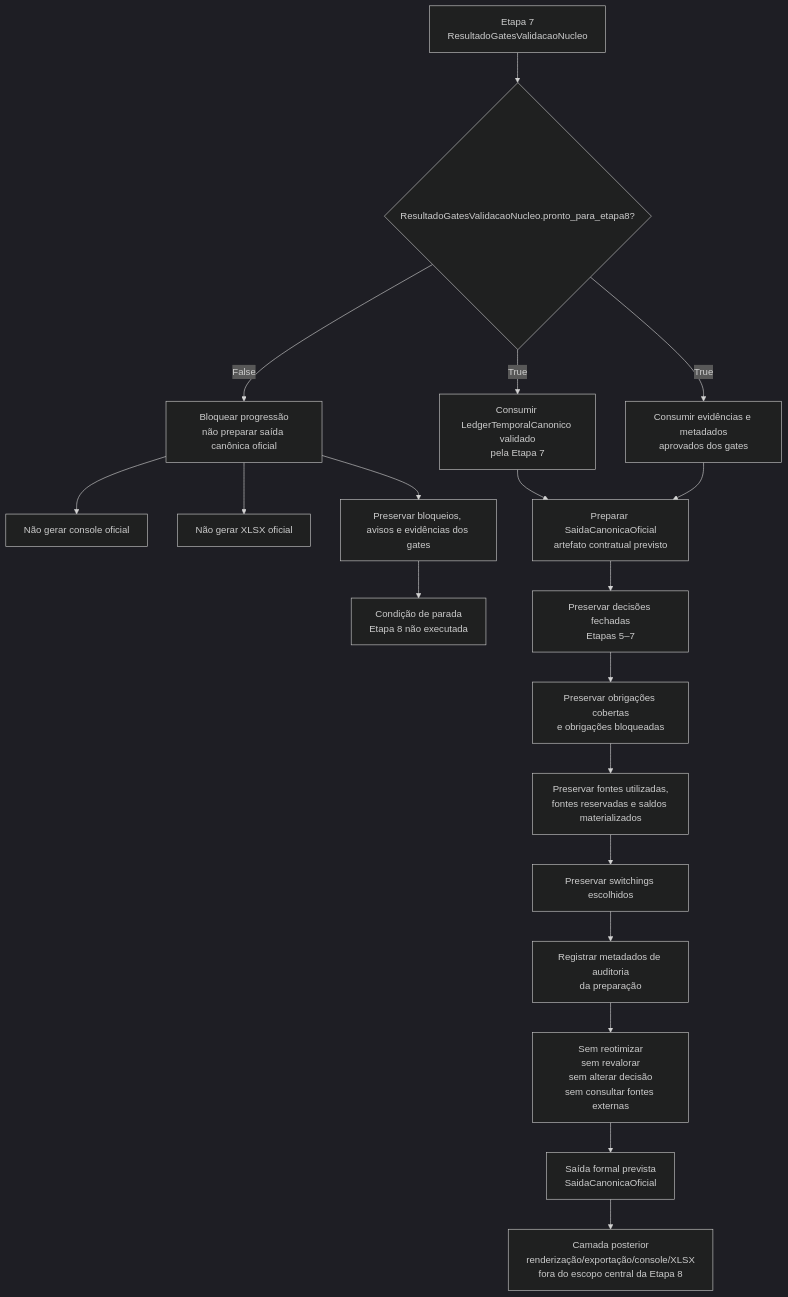
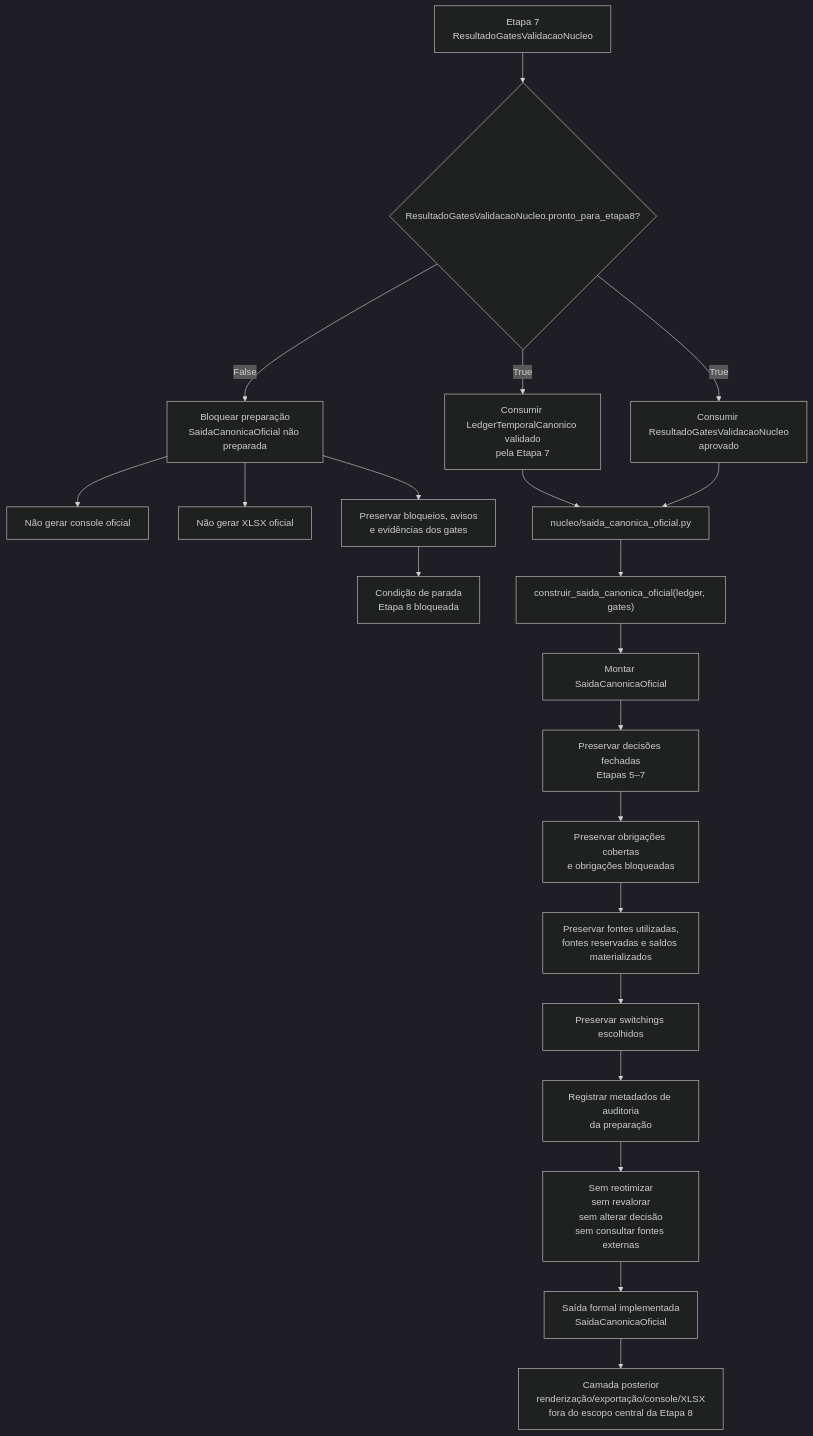
The diagram in relatorios/principais/contratos_individuais/CONTRATO_ETAPA8_SAIDA_CANONICA_OFICIAL.md (WevertonGomesCosta/payment-investment-allocation), drawn with Mermaid (dark theme) before and after one commit. The commit also changed other lines of this file, not shown here.

Commit message:
CONTRATO-ETAPA8-ALINHAMENTO-01: atualiza contrato da etapa 8

````diff
--- a/relatorios/principais/contratos_individuais/CONTRATO_ETAPA8_SAIDA_CANONICA_OFICIAL.md
+++ b/relatorios/principais/contratos_individuais/CONTRATO_ETAPA8_SAIDA_CANONICA_OFICIAL.md
@@ -265,26 +279,28 @@
 ```mermaid
 flowchart TD
     E7["Etapa 7<br/>ResultadoGatesValidacaoNucleo"] --> DEC{"ResultadoGatesValidacaoNucleo.pronto_para_etapa8?"}
 
-    DEC -->|False| BLOQ["Bloquear progressão<br/>não preparar saída canônica oficial"]
+    DEC -->|False| BLOQ["Bloquear preparação<br/>SaidaCanonicaOficial não preparada"]
     BLOQ --> NCONSOLE["Não gerar console oficial"]
     BLOQ --> NXLSX["Não gerar XLSX oficial"]
-    BLOQ --> PRESERVA["Preservar bloqueios, avisos e evidências dos gates"]
-    PRESERVA --> STOP["Condição de parada<br/>Etapa 8 não executada"]
+    BLOQ --> PRESERVA["Preservar bloqueios, avisos<br/>e evidências dos gates"]
+    PRESERVA --> STOP["Condição de parada<br/>Etapa 8 bloqueada"]
 
     DEC -->|True| LEDGER["Consumir LedgerTemporalCanonico validado<br/>pela Etapa 7"]
-    DEC -->|True| GATES["Consumir evidências e metadados<br/>aprovados dos gates"]
+    DEC -->|True| GATES["Consumir ResultadoGatesValidacaoNucleo<br/>aprovado"]
 
-    LEDGER --> PREP["Preparar SaidaCanonicaOficial<br/>artefato contratual previsto"]
-    GATES --> PREP
+    LEDGER --> MOD["nucleo/saida_canonica_oficial.py"]
+    GATES --> MOD
+    MOD --> FUNC["construir_saida_canonica_oficial(ledger, gates)"]
+    FUNC --> PREP["Montar SaidaCanonicaOficial"]
 
     PREP --> PRESDEC["Preservar decisões fechadas<br/>Etapas 5–7"]
     PRESDEC --> OBR["Preservar obrigações cobertas<br/>e obrigações bloqueadas"]
     OBR --> FONTES["Preservar fontes utilizadas,<br/>fontes reservadas e saldos materializados"]
     FONTES --> SWT["Preservar switchings escolhidos"]
     SWT --> AUD["Registrar metadados de auditoria<br/>da preparação"]
 
     AUD --> PROIB["Sem reotimizar<br/>sem revalorar<br/>sem alterar decisão<br/>sem consultar fontes externas"]
-    PROIB --> OUT["Saída formal prevista<br/>SaidaCanonicaOficial"]
+    PROIB --> OUT["Saída formal implementada<br/>SaidaCanonicaOficial"]
     OUT --> POS["Camada posterior<br/>renderização/exportação/console/XLSX<br/>fora do escopo central da Etapa 8"]
 ```
````
